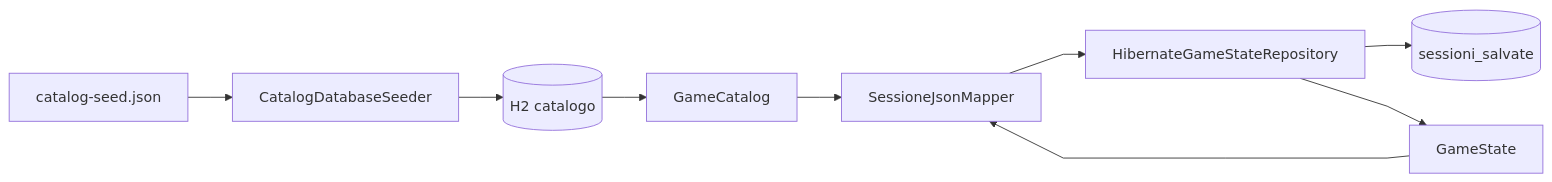
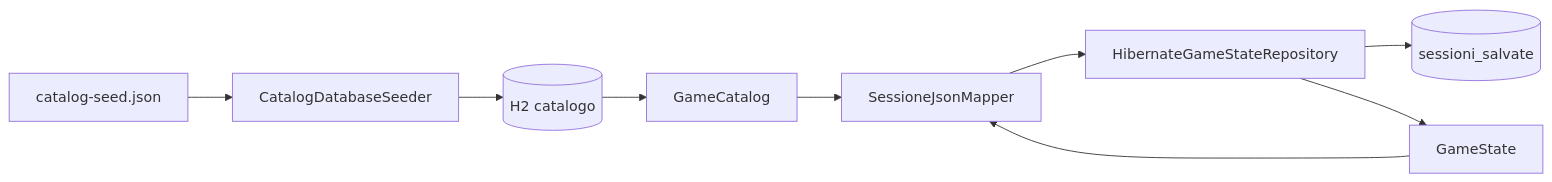
The diagram in .github/wiki-pages/Dati-e-persistenza.md (ValerioGiglio04/rpg-MPGC), drawn with Mermaid before and after one commit. The commit also changed 3 other files, not shown here.

Commit message:
Corretto rendering diagrammi Mermaid nella wiki

````diff
--- a/.github/wiki-pages/Dati-e-persistenza.md
+++ b/.github/wiki-pages/Dati-e-persistenza.md
@@ -43,12 +43,11 @@
 ```mermaid
-%%{init: {'flowchart': {'curve': 'linear'}}}%%
 flowchart LR
   JSON[catalog-seed.json] --> Seeder[CatalogDatabaseSeeder]
   Seeder --> H2Cat[(H2 catalogo)]
   H2Cat --> GC[GameCatalog]
   GS[GameState] --> Mapper[SessioneJsonMapper]
   Mapper --> Repo[HibernateGameStateRepository]
   Repo --> Tab[(sessioni_salvate)]
   GC --> Mapper
   Repo --> GS
 ```
````
